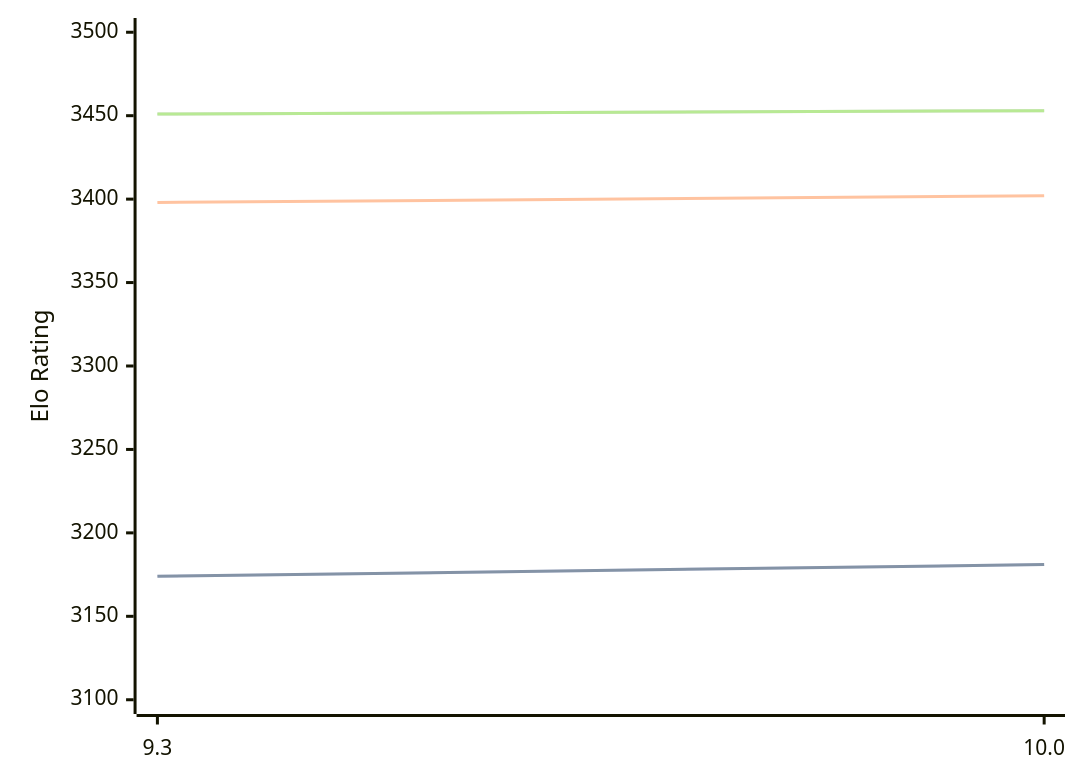
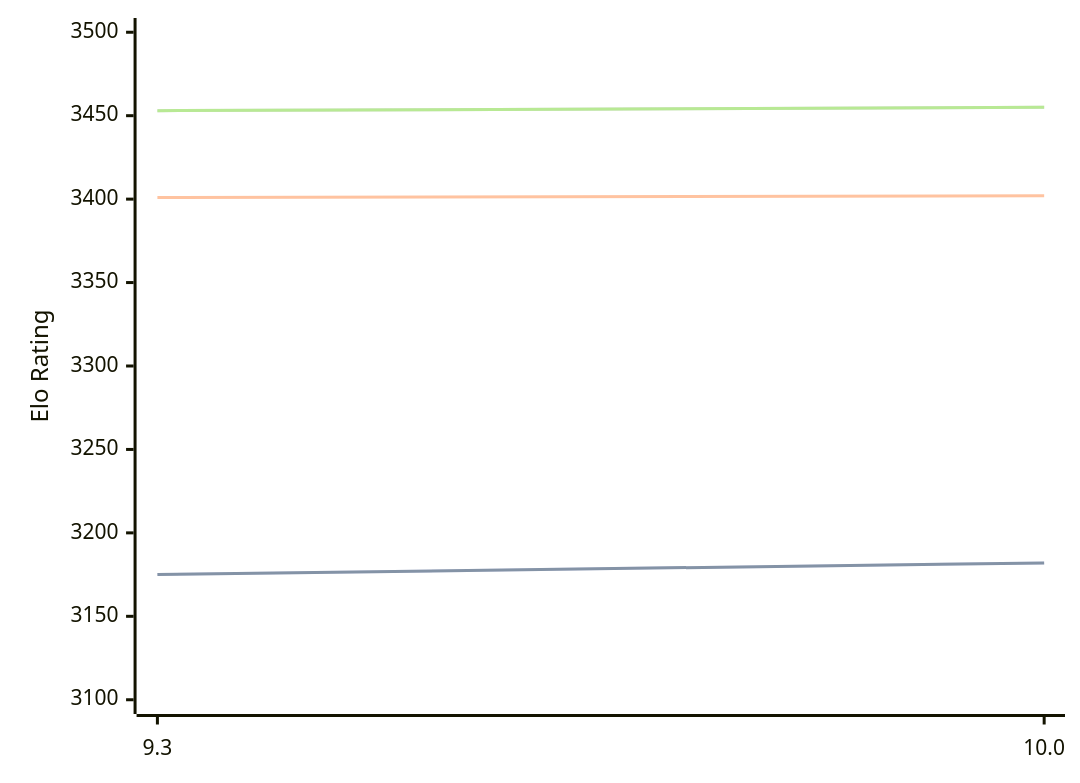
One commit to computer-chess-index/cci changed the diagram in engines/Fire.md. Above: the diagram before and after it, drawn with Mermaid. The commit also changed other lines of this file, not shown here.

Commit message:
Update CCI Ratings (ELO VLTC) - 2026-04-11

````diff
--- a/engines/Fire.md
+++ b/engines/Fire.md
@@ -47,11 +47,11 @@
 ```mermaid
 %%{init: {"theme":"base","themeVariables":{"seriesColors:['#a3a3a3','#222221','#faa371']}}}%%
 xychart-beta
   x-axis ["9.3", "10.0"]
   y-axis "Elo Rating" 3100 --> 3500
-  line "STC (8.0+0.08s)" [3174, 3181]
-  line "STC (8.0+0.08s)" [3174, 3181]
-  line "LTC (60.0+0.60s)" [3398, 3402]
-  line "VLTC (2m24s+1.12s)" [3451, 3453]
-  line "VLTC (2m24s+1.12s)" [3451, 3453]
+  line "STC (8.0+0.08s)" [3175, 3182]
+  line "STC (8.0+0.08s)" [3175, 3182]
+  line "LTC (60.0+0.60s)" [3401, 3402]
+  line "VLTC (2m24s+1.12s)" [3453, 3455]
+  line "VLTC (2m24s+1.12s)" [3453, 3455]
 ```
````
